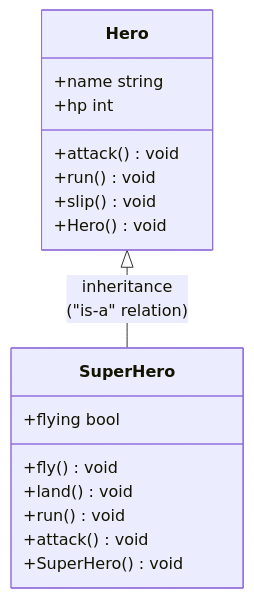
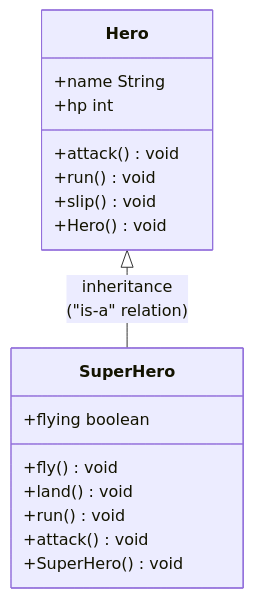
One commit to naorex/Sukkiri_Java_beginner changed the diagram in chapter3/Class.md. Above: the diagram before and after it, drawn with Mermaid. The commit also changed 7 other files, not shown here.

````diff
--- a/chapter3/Class.md
+++ b/chapter3/Class.md
@@ -1,24 +1,24 @@
 ```mermaid
 classDiagram
 
 class Hero{
-    +name string
+    +name String
     +hp int
     +attack() void
     +run() void
     +slip() void
     +Hero() void
 }
 
 class SuperHero{
-    +flying bool
+    +flying boolean
     +fly() void
     +land() void
     +run() void
     +attack() void
     +SuperHero() void
 }
 
 Hero <|-- SuperHero : inheritance</br>("is-a" relation)
 
 ```
````
